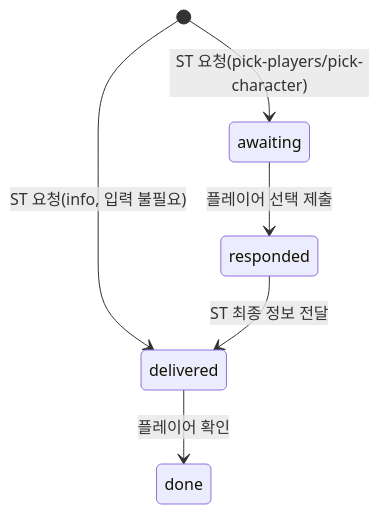
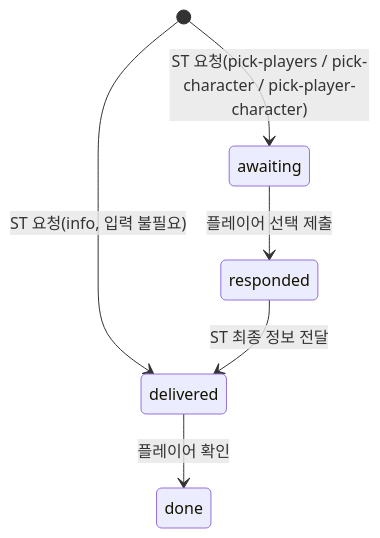
Before and after one commit to daseul22/botc-grimoire: the second of 2 diagrams in docs/wiki/11-online-play.md, drawn with Mermaid. The commit also changed other lines of this file, not shown here.

Commit message:
docs(wiki): 밤 행동 요청 종류에 pick-player-character 반영

````diff
--- a/docs/wiki/11-online-play.md
+++ b/docs/wiki/11-online-play.md
@@ -120,8 +120,8 @@
 ```mermaid
 stateDiagram-v2
-  [*] --> awaiting: ST 요청(pick-players/pick-character)
+  [*] --> awaiting: ST 요청(pick-players / pick-character / pick-player-character)
   [*] --> delivered: ST 요청(info, 입력 불필요)
   awaiting --> responded: 플레이어 선택 제출
   responded --> delivered: ST 최종 정보 전달
   delivered --> done: 플레이어 확인
 ```
````
